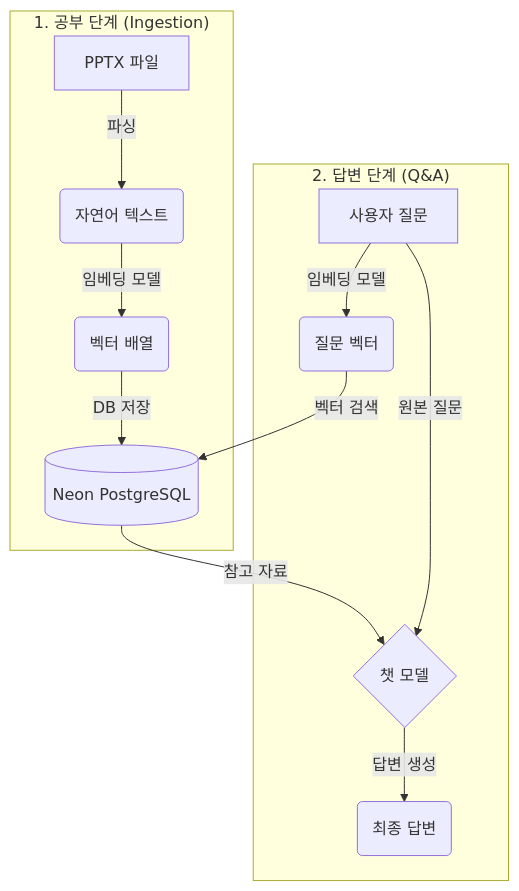
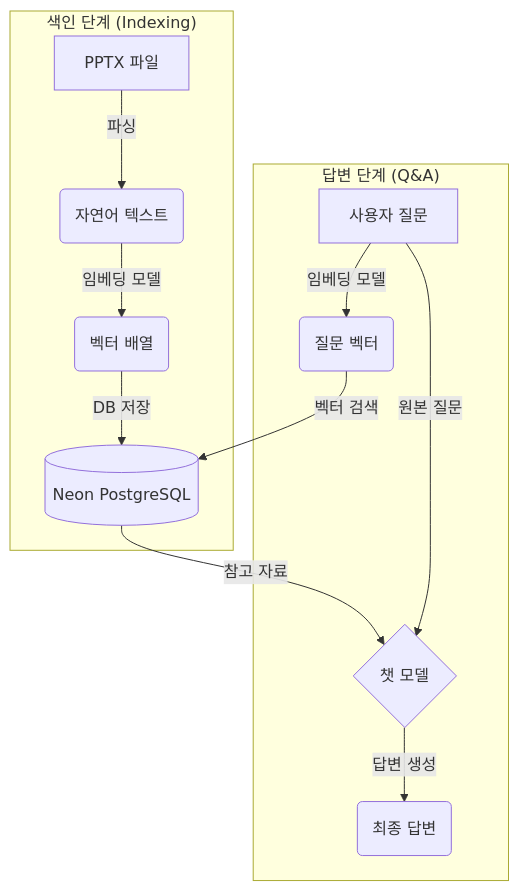
Before and after one commit to ghdrms1992/policy-embedder: the diagram in Readme.md, drawn with Mermaid.

Commit message:
docs: Refine terminology in workflow diagram
- Change '공부 단계' (Studying Phase) to '색인 단계 (Indexing)' for better technical clarity.

````diff
--- a/Readme.md
+++ b/Readme.md
@@ -20,16 +20,16 @@
 ```mermaid
 graph TD
-    subgraph "1. 공부 단계 (Ingestion)"
+    subgraph "색인 단계 (Indexing)"
         A[PPTX 파일] -->|파싱| B(자연어 텍스트)
         B -->|임베딩 모델| C(벡터 배열)
         C -->|DB 저장| D[(Neon PostgreSQL)]
     end
 
-    subgraph "2. 답변 단계 (Q&A)"
+    subgraph "답변 단계 (Q&A)"
         E[사용자 질문] -->|임베딩 모델| F(질문 벡터)
         F -->|벡터 검색| D
         D -->|참고 자료| G{챗 모델}
         E -->|원본 질문| G
         G -->|답변 생성| H(최종 답변)
     end
 ```
````
